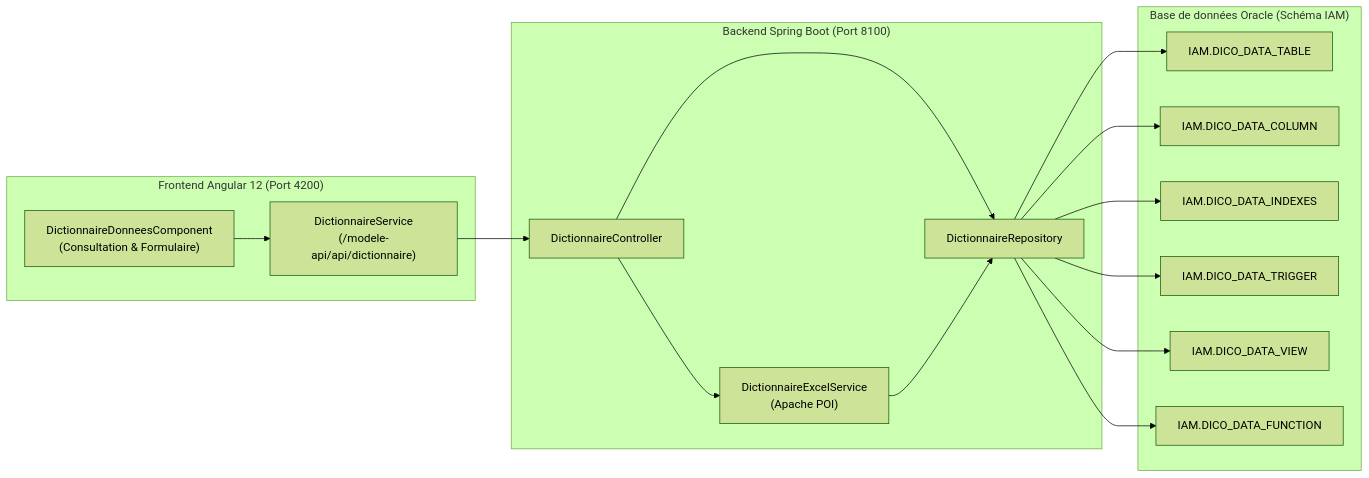
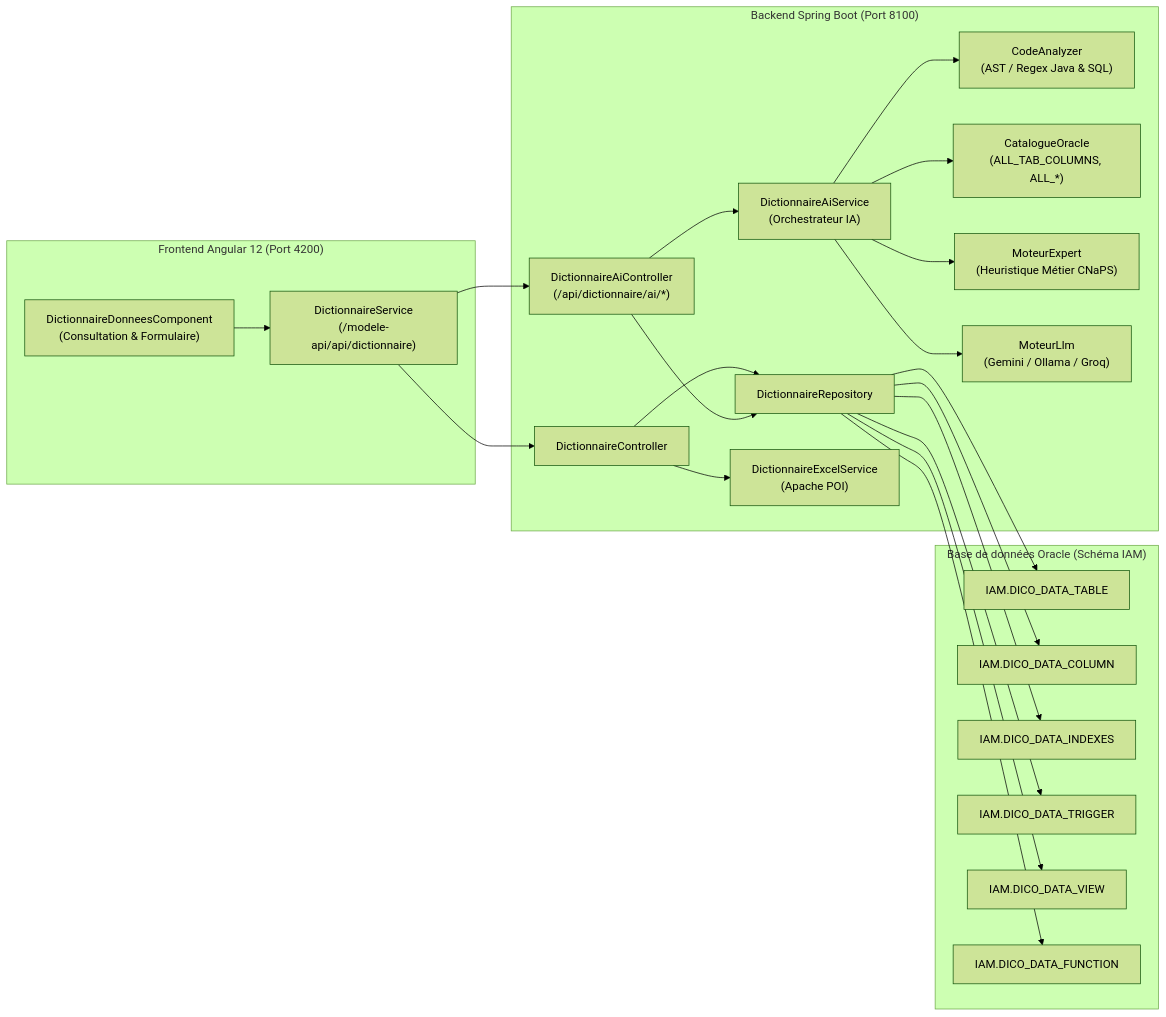
Before and after one commit to enrick23/Stage_CNaPS: the first of 3 diagrams in DOCUMENTATION_DICTIONNAIRE_DONNEES.md, drawn with Mermaid (forest theme). The commit also changed other lines of this file and 43 other files, not shown here.

````diff
--- a/DOCUMENTATION_DICTIONNAIRE_DONNEES.md
+++ b/DOCUMENTATION_DICTIONNAIRE_DONNEES.md
@@ -20,33 +20,46 @@
 ```mermaid
 flowchart LR
     subgraph Frontend ["Frontend Angular 12 (Port 4200)"]
         UI["DictionnaireDonneesComponent<br/>(Consultation & Formulaire)"]
         SVC["DictionnaireService<br/>(/modele-api/api/dictionnaire)"]
         UI --> SVC
     end
 
     subgraph Backend ["Backend Spring Boot (Port 8100)"]
         CTRL["DictionnaireController"]
+        AI_CTRL["DictionnaireAiController<br/>(/api/dictionnaire/ai/*)"]
+        AI_SVC["DictionnaireAiService<br/>(Orchestrateur IA)"]
+        ANALYZER["CodeAnalyzer<br/>(AST / Regex Java & SQL)"]
+        CATALOG["CatalogueOracle<br/>(ALL_TAB_COLUMNS, ALL_*)"]
+        EXPERT["MoteurExpert<br/>(Heuristique Métier CNaPS)"]
+        LLM["MoteurLlm<br/>(Gemini / Ollama / Groq)"]
         REPO["DictionnaireRepository"]
         XLS["DictionnaireExcelService<br/>(Apache POI)"]
+
         SVC --> CTRL
+        SVC --> AI_CTRL
         CTRL --> REPO
         CTRL --> XLS
-        XLS --> REPO
+        AI_CTRL --> AI_SVC
+        AI_CTRL --> REPO
+        AI_SVC --> ANALYZER
+        AI_SVC --> CATALOG
+        AI_SVC --> EXPERT
+        AI_SVC --> LLM
     end
 
     subgraph Oracle ["Base de données Oracle (Schéma IAM)"]
         T1["IAM.DICO_DATA_TABLE"]
         T2["IAM.DICO_DATA_COLUMN"]
         T3["IAM.DICO_DATA_INDEXES"]
         T4["IAM.DICO_DATA_TRIGGER"]
         T5["IAM.DICO_DATA_VIEW"]
         T6["IAM.DICO_DATA_FUNCTION"]
         REPO --> T1
         REPO --> T2
         REPO --> T3
         REPO --> T4
         REPO --> T5
         REPO --> T6
     end
 ```
````
